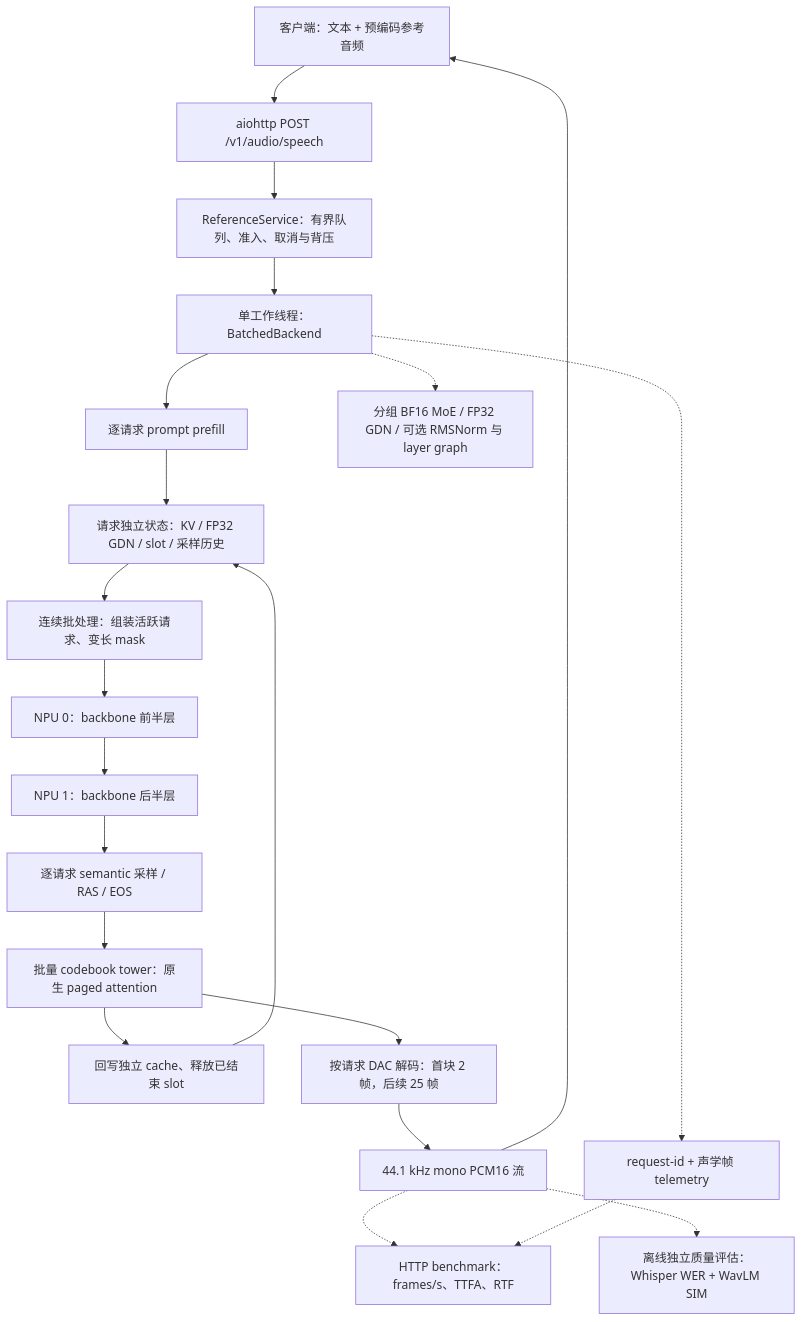
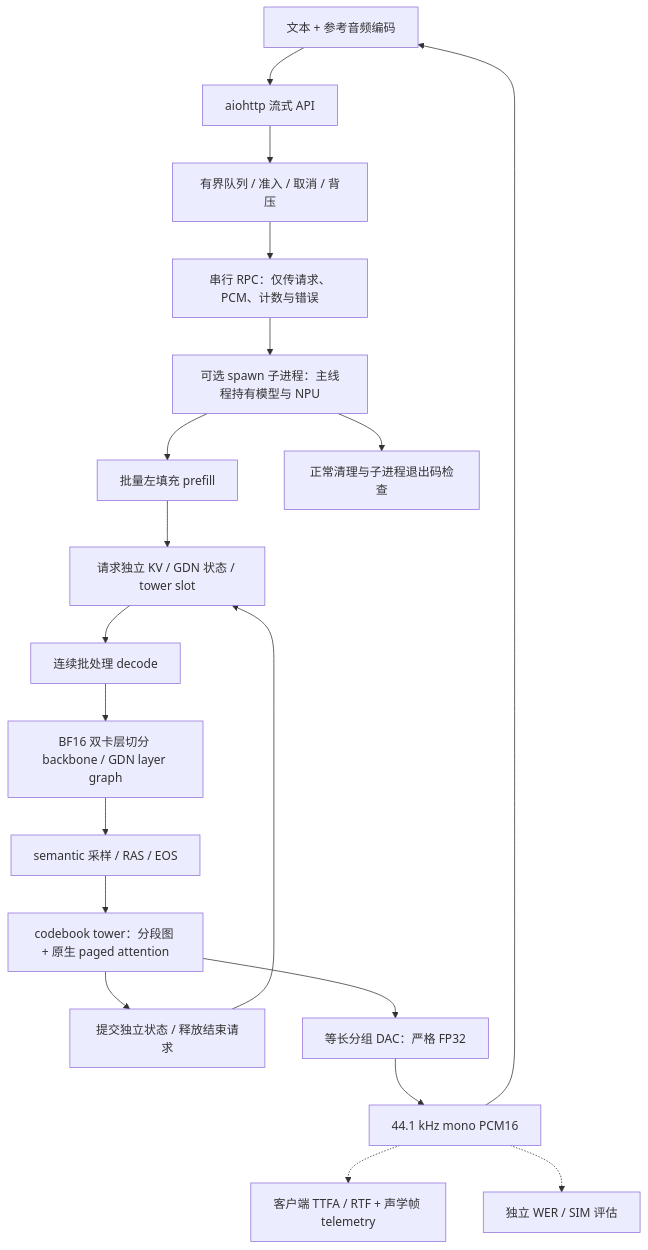
Before and after one commit to amy-why-3459/drama3-engine-npu: the diagram in evidence/pr-publication/PR_BODY.md, drawn with Mermaid. The commit also changed other lines of this file and 68 other files, not shown here.

Commit message:
Optimize standalone NPU inference and publish measured RTF and quality status

````diff
--- a/evidence/pr-publication/PR_BODY.md
+++ b/evidence/pr-publication/PR_BODY.md
@@ -11,23 +18,21 @@
 ```mermaid
 flowchart TD
-    Client["客户端：文本 + 预编码参考音频"] --> API["aiohttp POST /v1/audio/speech"]
-    API --> Scheduler["ReferenceService：有界队列、准入、取消与背压"]
-    Scheduler --> Worker["单工作线程：BatchedBackend"]
-    Worker --> Prefill["逐请求 prompt prefill"]
-    Prefill --> State["请求独立状态：KV / FP32 GDN / slot / 采样历史"]
-    State --> Batch["连续批处理：组装活跃请求、变长 mask"]
-    Batch --> NPU0["NPU 0：backbone 前半层"]
-    NPU0 --> NPU1["NPU 1：backbone 后半层"]
-    NPU1 --> Sample["逐请求 semantic 采样 / RAS / EOS"]
-    Sample --> Tower["批量 codebook tower：原生 paged attention"]
-    Tower --> Cache["回写独立 cache、释放已结束 slot"]
-    Cache --> State
-    Tower --> Codec["按请求 DAC 解码：首块 2 帧，后续 25 帧"]
-    Codec --> PCM["44.1 kHz mono PCM16 流"]
+    Client["文本 + 参考音频编码"] --> API["aiohttp 流式 API"]
+    API --> Queue["有界队列 / 准入 / 取消 / 背压"]
+    Queue --> RPC["串行 RPC：仅传请求、PCM、计数与错误"]
+    RPC --> Owner["可选 spawn 子进程：主线程持有模型与 NPU"]
+    Owner --> Prefill["批量左填充 prefill"]
+    Prefill --> State["请求独立 KV / GDN 状态 / tower slot"]
+    State --> Decode["连续批处理 decode"]
+    Decode --> Backbone["BF16 双卡层切分 backbone / GDN layer graph"]
+    Backbone --> Sampling["semantic 采样 / RAS / EOS"]
+    Sampling --> Tower["codebook tower：分段图 + 原生 paged attention"]
+    Tower --> Commit["提交独立状态 / 释放结束请求"]
+    Commit --> State
+    Tower --> DAC["等长分组 DAC：严格 FP32"]
+    DAC --> PCM["44.1 kHz mono PCM16"]
     PCM --> Client
-    Worker -.-> Ops["分组 BF16 MoE / FP32 GDN / 可选 RMSNorm 与 layer graph"]
-    Worker -.-> Frames["request-id + 声学帧 telemetry"]
-    PCM -.-> Bench["HTTP benchmark：frames/s、TTFA、RTF"]
-    Frames -.-> Bench
-    PCM -.-> Quality["离线独立质量评估：Whisper WER + WavLM SIM"]
+    Owner --> Exit["正常清理与子进程退出码检查"]
+    PCM -.-> Bench["客户端 TTFA / RTF + 声学帧 telemetry"]
+    PCM -.-> Quality["独立 WER / SIM 评估"]
 ```
````
